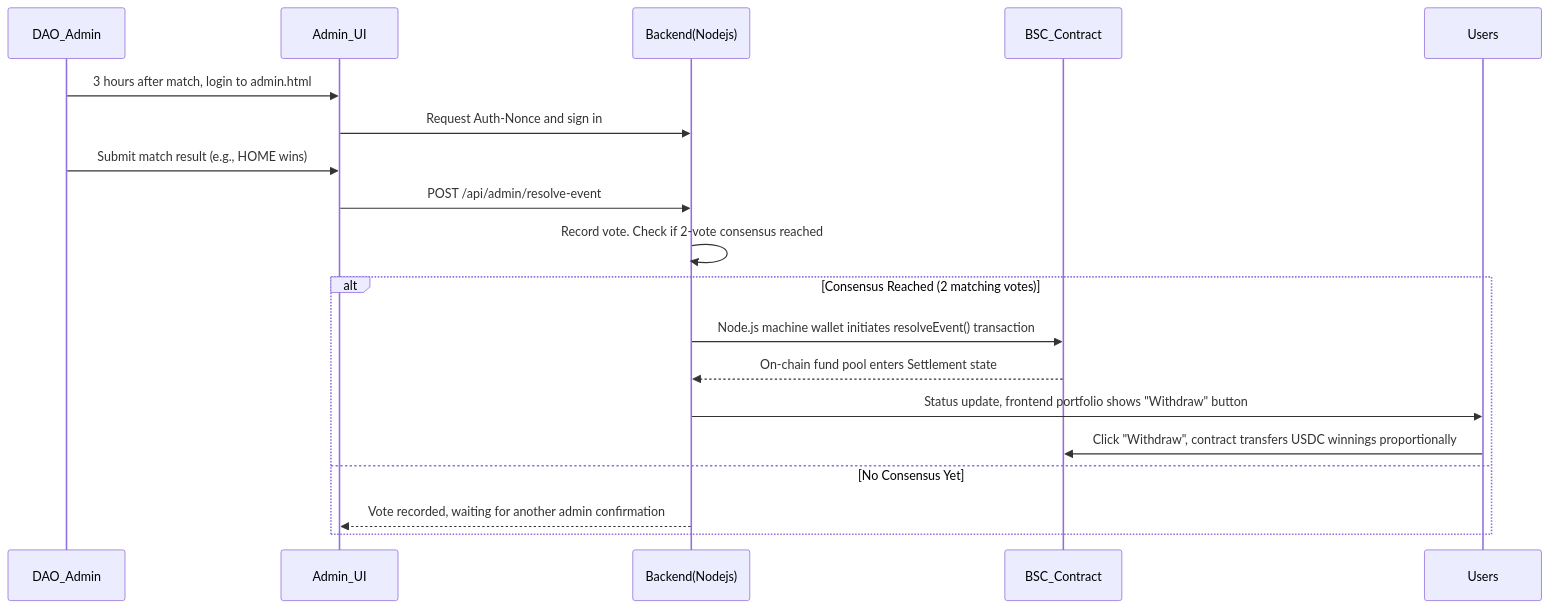
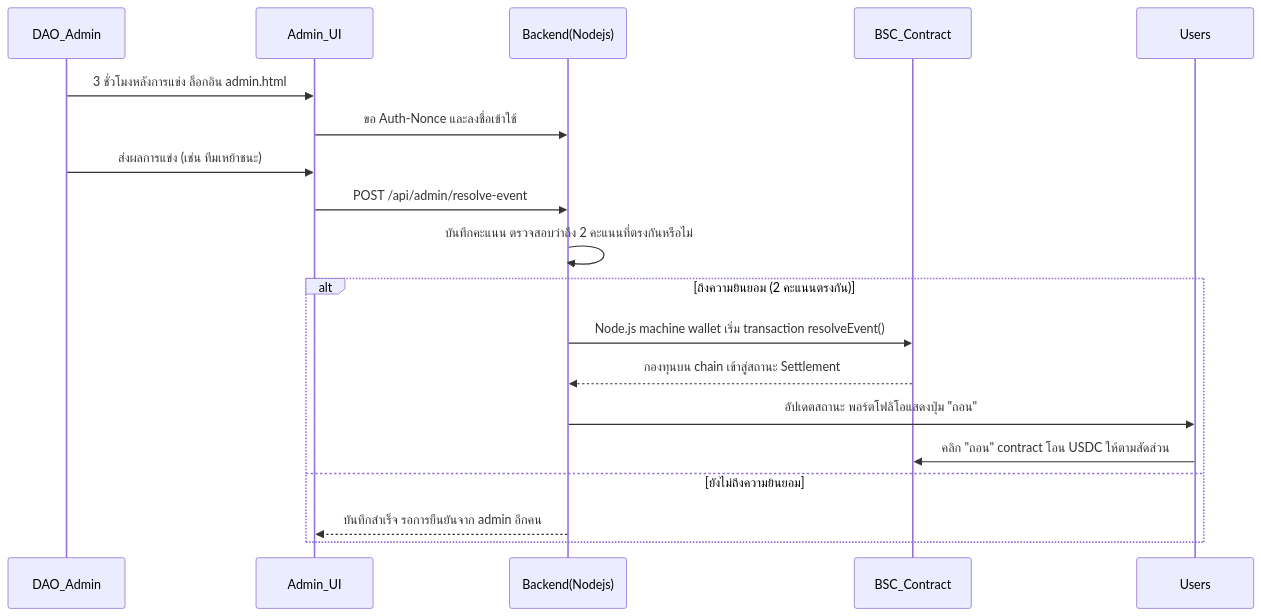
One commit to superhandishere/newmarket-web3 changed the second of 2 diagrams in README.md. Above: the diagram before and after it, drawn with Mermaid. The commit also changed other lines of this file, not shown here.

````diff
--- a/README.md
+++ b/README.md
@@ -93,22 +93,22 @@
 ```mermaid
 sequenceDiagram
     participant DAO_Admin
     participant Admin_UI
     participant Backend(Nodejs)
     participant BSC_Contract
     participant Users
     
-    DAO_Admin->>Admin_UI: 3 hours after match, login to admin.html
-    Admin_UI->>Backend(Nodejs): Request Auth-Nonce and sign in
-    DAO_Admin->>Admin_UI: Submit match result (e.g., HOME wins)
+    DAO_Admin->>Admin_UI: 3 ชั่วโมงหลังการแข่ง ล็อกอิน admin.html
+    Admin_UI->>Backend(Nodejs): ขอ Auth-Nonce และลงชื่อเข้าใช้
+    DAO_Admin->>Admin_UI: ส่งผลการแข่ง (เช่น ทีมเหย้าชนะ)
     Admin_UI->>Backend(Nodejs): POST /api/admin/resolve-event
-    Backend(Nodejs)->>Backend(Nodejs): Record vote. Check if 2-vote consensus reached
-    alt Consensus Reached (2 matching votes)
-        Backend(Nodejs)->>BSC_Contract: Node.js machine wallet initiates resolveEvent() transaction
-        BSC_Contract-->>Backend(Nodejs): On-chain fund pool enters Settlement state
-        Backend(Nodejs)->>Users: Status update, frontend portfolio shows "Withdraw" button
-        Users->>BSC_Contract: Click "Withdraw", contract transfers USDC winnings proportionally
-    else No Consensus Yet
-        Backend(Nodejs)-->>Admin_UI: Vote recorded, waiting for another admin confirmation
+    Backend(Nodejs)->>Backend(Nodejs): บันทึกคะแนน ตรวจสอบว่าถึง 2 คะแนนที่ตรงกันหรือไม่
+    alt ถึงความยินยอม (2 คะแนนตรงกัน)
+        Backend(Nodejs)->>BSC_Contract: Node.js machine wallet เริ่ม transaction resolveEvent()
+        BSC_Contract-->>Backend(Nodejs): กองทุนบน chain เข้าสู่สถานะ Settlement
+        Backend(Nodejs)->>Users: อัปเดตสถานะ พอร์ตโฟลิโอแสดงปุ่ม "ถอน"
+        Users->>BSC_Contract: คลิก "ถอน" contract โอน USDC ให้ตามสัดส่วน
+    else ยังไม่ถึงความยินยอม
+        Backend(Nodejs)-->>Admin_UI: บันทึกสำเร็จ รอการยืนยันจาก admin อีกคน
     end
 ```
````
